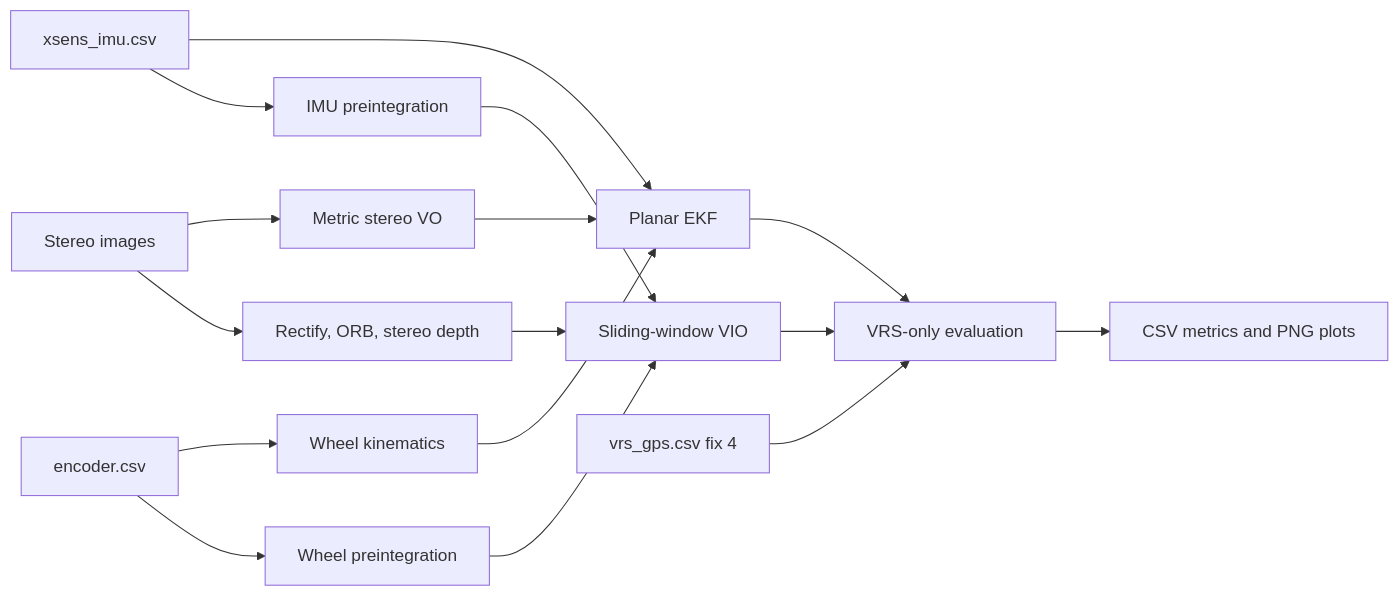
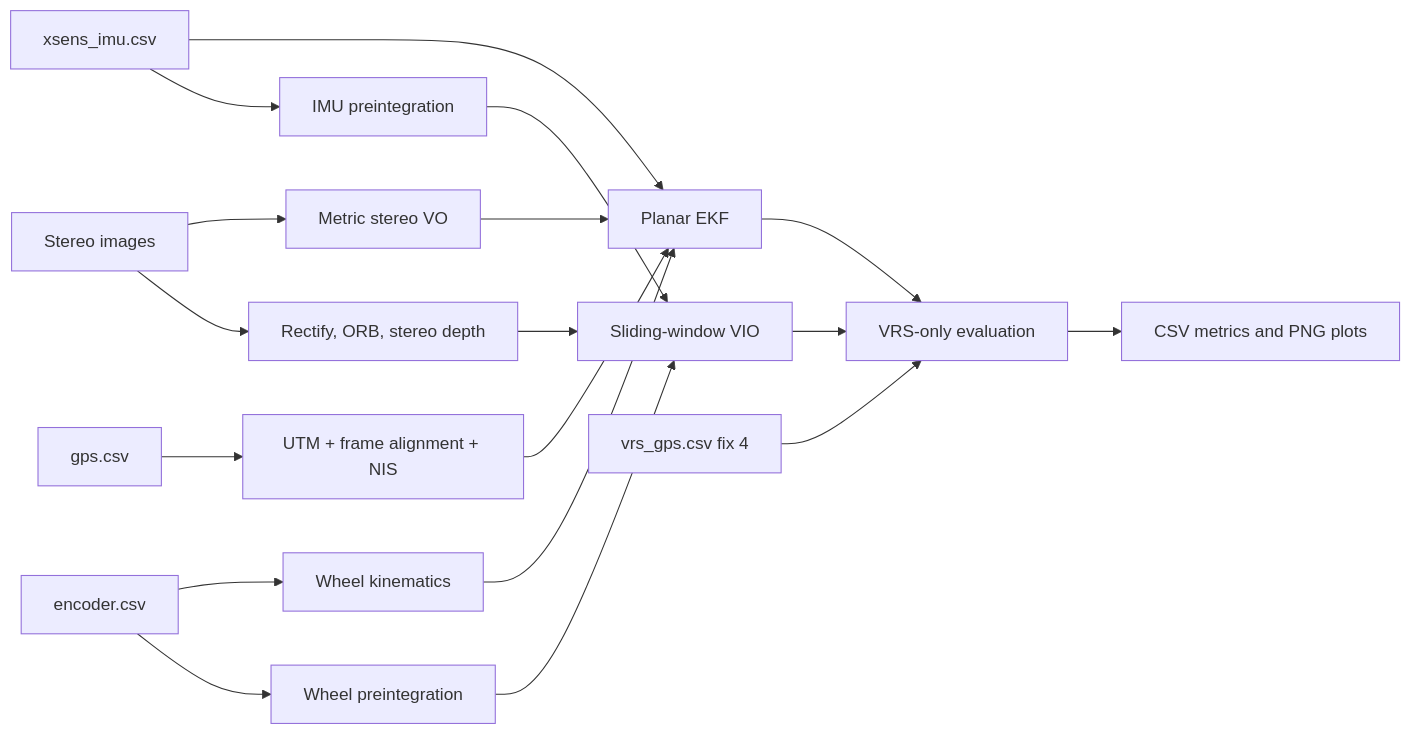
One commit to ruslanbredun-rob/sensors_course_capstone changed the diagram in docs/architecture.md. Above: the diagram before and after it, drawn with Mermaid. The commit also changed other lines of this file and 13 other files, not shown here.

````diff
--- a/docs/architecture.md
+++ b/docs/architecture.md
@@ -17,20 +20,22 @@
 ```mermaid
 flowchart LR
     ENC[encoder.csv] --> WK[Wheel kinematics]
     IMU[xsens_imu.csv] --> EKF[Planar EKF]
     WK --> EKF
     CAM[Stereo images] --> VO[Metric stereo VO]
     VO --> EKF
+    CGPS[gps.csv] --> GATE[UTM + frame alignment + NIS]
+    GATE --> EKF
 
     CAM --> FEAT[Rectify, ORB, stereo depth]
     IMU --> PRE[IMU preintegration]
     ENC --> WPRE[Wheel preintegration]
     FEAT --> WIN[Sliding-window VIO]
     PRE --> WIN
     WPRE --> WIN
 
     EKF --> EVAL[VRS-only evaluation]
     WIN --> EVAL
     GPS[vrs_gps.csv fix 4] --> EVAL
     EVAL --> OUT[CSV metrics and PNG plots]
 ```
````
